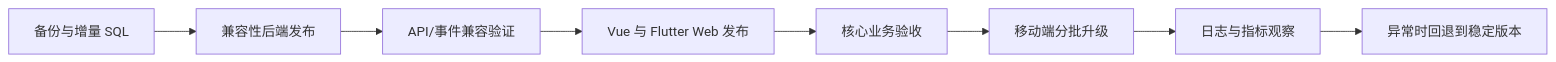
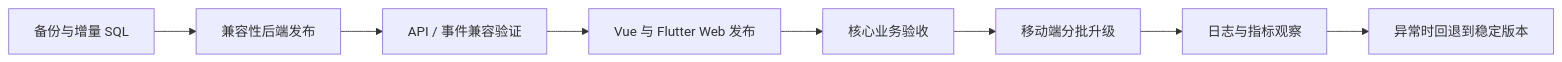
The eighth of 8 diagrams in docs/marketing/articles/juejin-collaboration-engineering-review.md (jinzheyi/yubb-saas-pro), drawn with Mermaid before and after one commit. The commit also changed other lines of this file and 2 other files, not shown here.

Commit message:
docs: add Toutiao article and fix Juejin diagrams

````diff
--- a/docs/marketing/articles/juejin-collaboration-engineering-review.md
+++ b/docs/marketing/articles/juejin-collaboration-engineering-review.md
@@ -334,10 +322,10 @@
 ```mermaid
 flowchart LR
-  Migrate[备份与增量 SQL] --> Backend[兼容性后端发布]
-  Backend --> Verify1[API/事件兼容验证]
-  Verify1 --> Web[Vue 与 Flutter Web 发布]
-  Web --> Verify2[核心业务验收]
-  Verify2 --> Mobile[移动端分批升级]
-  Mobile --> Observe[日志与指标观察]
-  Observe --> Rollback[异常时回退到稳定版本]
+  Migrate["备份与增量 SQL"] --> Backend["兼容性后端发布"]
+  Backend --> Verify1["API / 事件兼容验证"]
+  Verify1 --> Web["Vue 与 Flutter Web 发布"]
+  Web --> Verify2["核心业务验收"]
+  Verify2 --> Mobile["移动端分批升级"]
+  Mobile --> Observe["日志与指标观察"]
+  Observe --> Rollback["异常时回退到稳定版本"]
 ```
````
